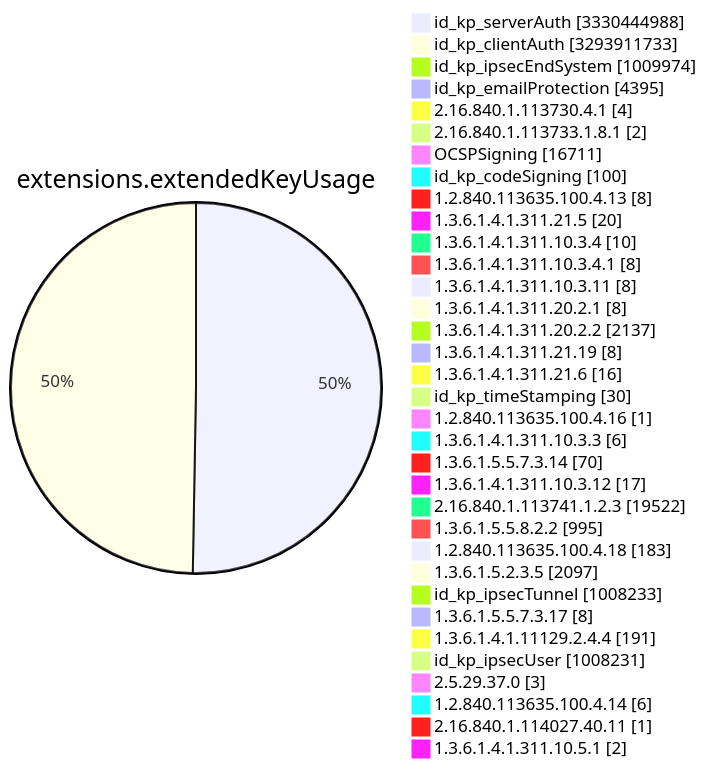
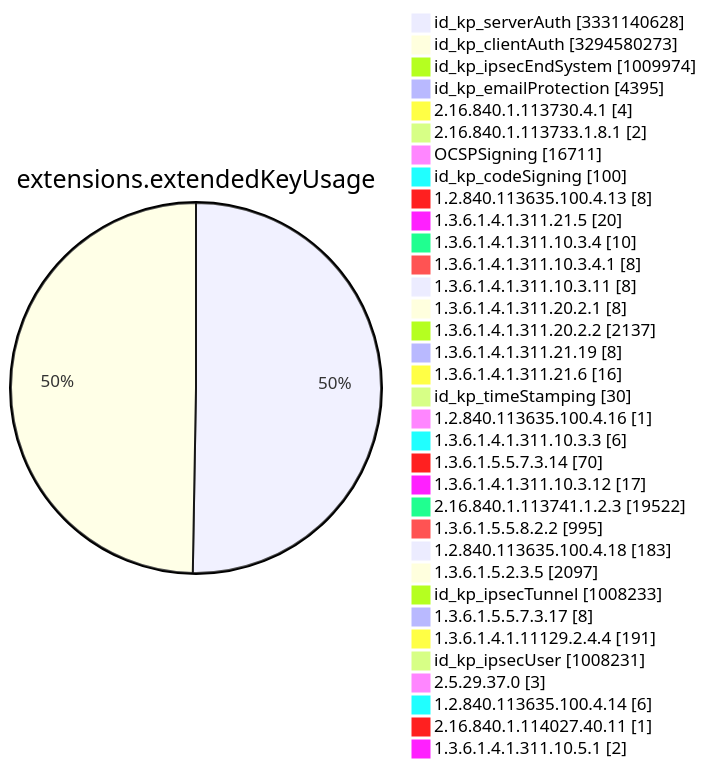
Diagram 11 of 15 in TOTAL/README.md (christiankrug/ctmonitor_visualization), drawn with Mermaid before and after one commit. The commit also changed other lines of this file, not shown here.

````diff
--- a/TOTAL/README.md
+++ b/TOTAL/README.md
@@ -4120,38 +4120,38 @@
 ```mermaid
 pie showData
 title extensions.extendedKeyUsage
-"id_kp_serverAuth" :3330444988
-"id_kp_clientAuth" :3293911733
+"id_kp_serverAuth" :3331140628
+"id_kp_clientAuth" :3294580273
 "id_kp_ipsecEndSystem" :1009974
 "id_kp_emailProtection" :4395
 "2.16.840.1.113730.4.1" :4
 "2.16.840.1.113733.1.8.1" :2
 "OCSPSigning" :16711
 "id_kp_codeSigning" :100
 "1.2.840.113635.100.4.13" :8
 "1.3.6.1.4.1.311.21.5" :20
 "1.3.6.1.4.1.311.10.3.4" :10
 "1.3.6.1.4.1.311.10.3.4.1" :8
 "1.3.6.1.4.1.311.10.3.11" :8
 "1.3.6.1.4.1.311.20.2.1" :8
 "1.3.6.1.4.1.311.20.2.2" :2137
 "1.3.6.1.4.1.311.21.19" :8
 "1.3.6.1.4.1.311.21.6" :16
 "id_kp_timeStamping" :30
 "1.2.840.113635.100.4.16" :1
 "1.3.6.1.4.1.311.10.3.3" :6
 "1.3.6.1.5.5.7.3.14" :70
 "1.3.6.1.4.1.311.10.3.12" :17
 "2.16.840.1.113741.1.2.3" :19522
 "1.3.6.1.5.5.8.2.2" :995
 "1.2.840.113635.100.4.18" :183
 "1.3.6.1.5.2.3.5" :2097
 "id_kp_ipsecTunnel" :1008233
 "1.3.6.1.5.5.7.3.17" :8
 "1.3.6.1.4.1.11129.2.4.4" :191
 "id_kp_ipsecUser" :1008231
 "2.5.29.37.0" :3
 "1.2.840.113635.100.4.14" :6
 "2.16.840.1.114027.40.11" :1
 "1.3.6.1.4.1.311.10.5.1" :2
 ```
````
